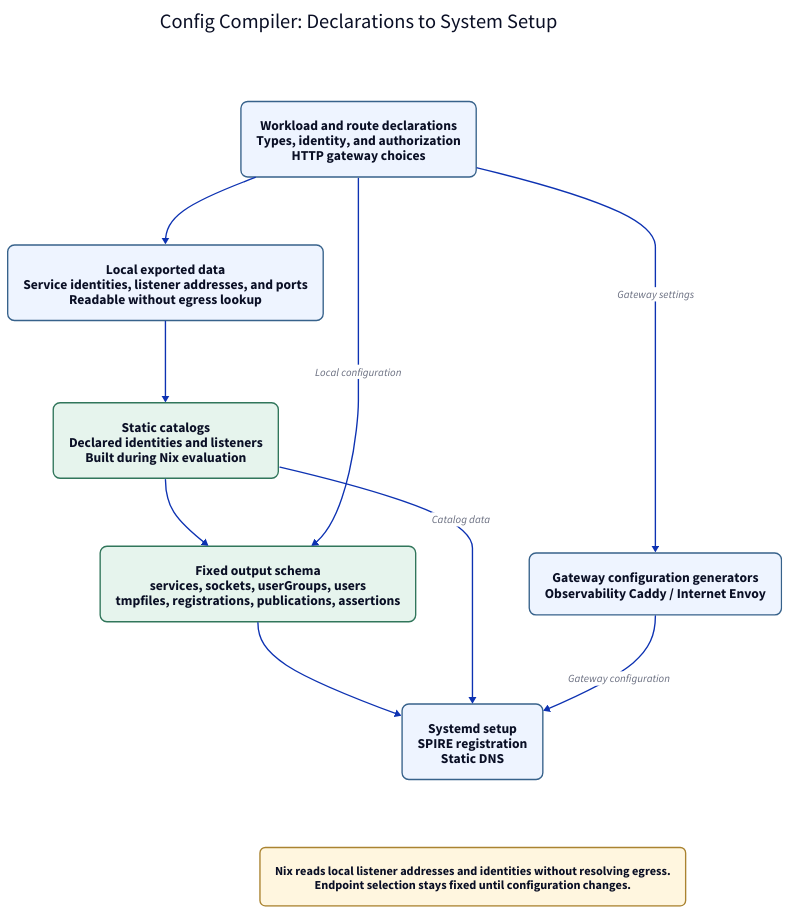
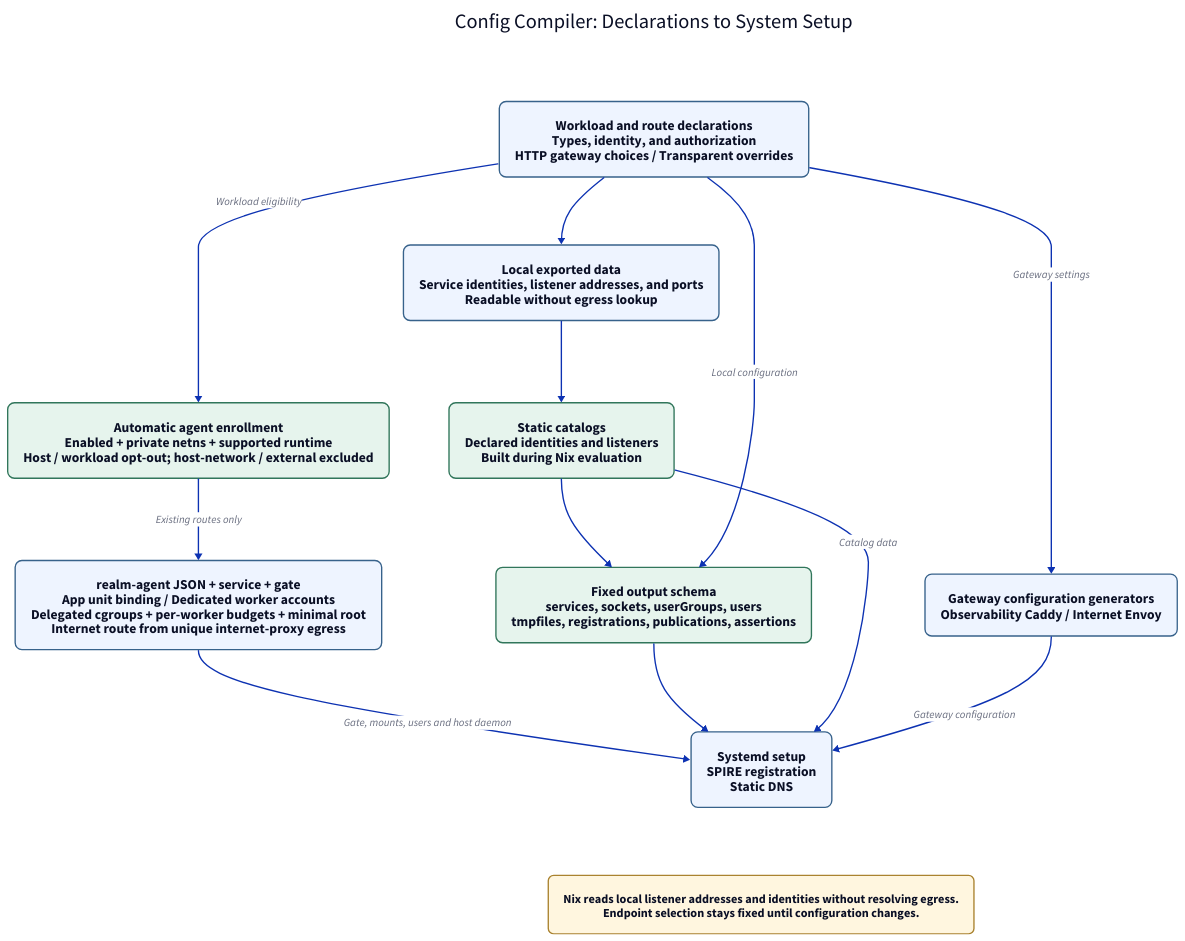
Before and after one commit to nix-community/nur-combined: the diagram in repos/oluceps/layout/config-compiler.d2, drawn with D2. The commit also changed 61 other files, not shown here.

```diff
--- a/repos/oluceps/layout/config-compiler.d2
+++ b/repos/oluceps/layout/config-compiler.d2
@@ -1,26 +1,31 @@
 direction: down
 vars: { d2-config: { theme-id: 0 } }
 classes: {
   node: { style: { fill: "#eef4ff"; stroke: "#37628b"; border-radius: 10; font-size: 20 } }
   gateway: { style: { fill: "#e6f4ed"; stroke: "#31765b"; border-radius: 10; font-size: 20 } }
   note: { style: { fill: "#fff6df"; stroke: "#aa8330"; border-radius: 8; font-size: 18 } }
 }
 title: "Config Compiler: Declarations to System Setup" { shape: text; style.font-size: 30 }
-declarations: "Workload and route declarations\nTypes, identity, and authorization\nHTTP gateway choices" { class: node }
+declarations: "Workload and route declarations\nTypes, identity, and authorization\nHTTP gateway choices / Transparent overrides" { class: node }
 local: "Local exported data\nService identities, listener addresses, and ports\nReadable without egress lookup" { class: node }
 aggregate: "Static catalogs\nDeclared identities and listeners\nBuilt during Nix evaluation" { class: gateway }
 compile: "Fixed output schema\nservices, sockets, userGroups, users\ntmpfiles, registrations, publications, assertions" { class: gateway }
 outputs: "Systemd setup\nSPIRE registration\nStatic DNS" { class: node }
 native: "Gateway configuration generators\nObservability Caddy / Internet Envoy" { class: node }
+enrollment: "Automatic agent enrollment\nEnabled + private netns + supported runtime\nHost / workload opt-out; host-network / external excluded" { class: gateway }
+agent: "realm-agent JSON + service + gate\nApp unit binding / Dedicated worker accounts\nDelegated cgroups + per-worker budgets + minimal root\nInternet route from unique internet-proxy egress" { class: node }
 notes: "Nix reads local listener addresses and identities without resolving egress.\nEndpoint selection stays fixed until configuration changes." { class: note }
+declarations -> enrollment: "Workload eligibility"
+enrollment -> agent: "Existing routes only"
+agent -> outputs: "Gate, mounts, users and host daemon"
 declarations -> local
 local -> aggregate
 aggregate -> compile
 declarations -> compile: "Local configuration"
 compile -> outputs
 aggregate -> outputs: "Catalog data"
 declarations -> native: "Gateway settings"
 native -> outputs: "Gateway configuration"
 # Invisible edges place the title and note on their own rows.
 title -> declarations: { style.opacity: 0 }
 outputs -> notes: { style.opacity: 0 }
```
